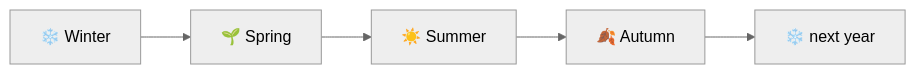
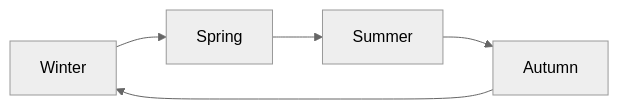
Before and after one commit to kroryan/Quartz-HispaniaBeta: the first of 2 diagrams in content/basics/Time and Your Lifespan.md, drawn with Mermaid (neutral theme). The commit also changed other lines of this file and 35 other files, not shown here.

````diff
--- a/content/basics/Time and Your Lifespan.md
+++ b/content/basics/Time and Your Lifespan.md
@@ -18,4 +18,7 @@
 ```mermaid
 flowchart LR
-    W[❄️ Winter] --> Sp[🌱 Spring] --> Su[☀️ Summer] --> Au[🍂 Autumn] --> W2[❄️ next year]
+    W[Winter] --> S[Spring]
+    S --> U[Summer]
+    U --> A[Autumn]
+    A --> W
 ```
````
